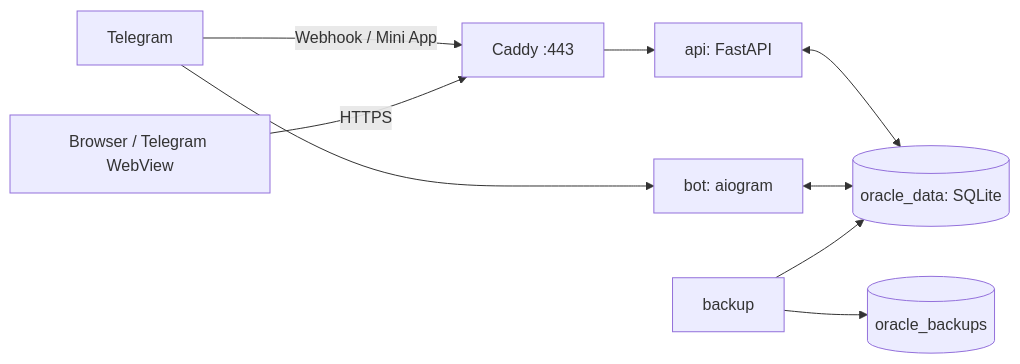
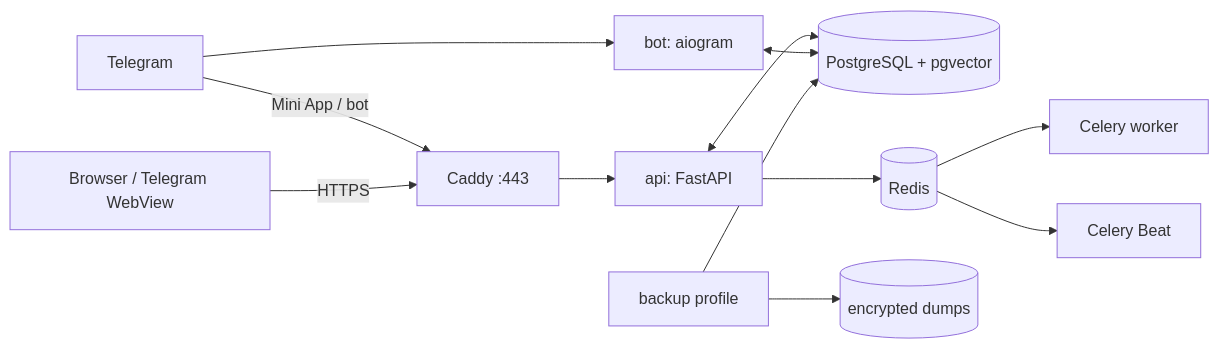
The diagram in docs/DEPLOYMENT.md (astartv1ai-del/oracleAI), drawn with Mermaid before and after one commit. The commit also changed other lines of this file and 11 other files, not shown here.

````diff
--- a/docs/DEPLOYMENT.md
+++ b/docs/DEPLOYMENT.md
@@ -7,11 +7,14 @@
 ```mermaid
 flowchart LR
-    T[Telegram] -->|Webhook / Mini App| C[Caddy :443]
+    T[Telegram] -->|Mini App / bot| C[Caddy :443]
     U[Browser / Telegram WebView] -->|HTTPS| C
     C --> A[api: FastAPI]
     T --> B[bot: aiogram]
-    A <--> D[(oracle_data: SQLite)]
-    B <--> D
-    K[backup] --> D
-    K --> BK[(oracle_backups)]
+    A <--> P[(PostgreSQL + pgvector)]
+    B <--> P
+    A --> R[(Redis)]
+    R --> W[Celery worker]
+    R --> H[Celery Beat]
+    K[backup profile] --> P
+    K --> BK[(encrypted dumps)]
 ```
````
